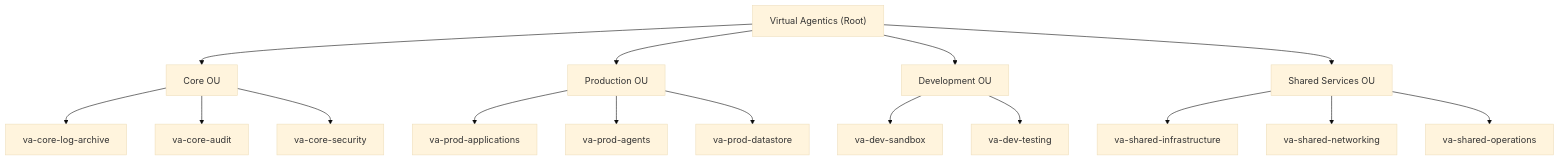
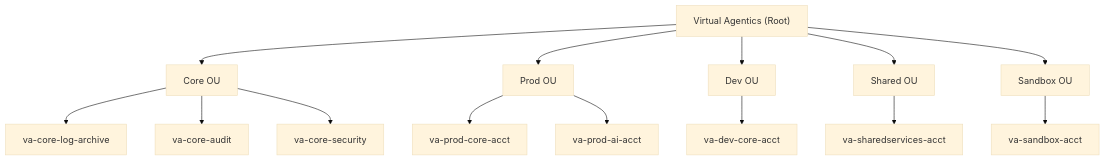
Before and after one commit to VirtualAgentics/virtualagentics-documents: the diagram in Phase1/AWS_Control_Tower_Setup_review.md, drawn with Mermaid (base theme). The commit also changed other lines of this file, not shown here.

````diff
--- a/Phase1/AWS_Control_Tower_Setup_review.md
+++ b/Phase1/AWS_Control_Tower_Setup_review.md
@@ -12,23 +34,20 @@
 ```mermaid
 graph TD;
     ROOT["Virtual Agentics (Root)"]
     CORE["Core OU"] --> LOG_ARCHIVE["va-core-log-archive"]
     CORE --> AUDIT["va-core-audit"]
     CORE --> SECURITY["va-core-security"]
 
-    PROD["Production OU"] --> PROD_APPS["va-prod-applications"]
-    PROD --> PROD_AGENTS["va-prod-agents"]
-    PROD --> PROD_DATA["va-prod-datastore"]
+    PROD["Prod OU"] --> PROD_CORE["va-prod-core-acct"]
+    PROD --> PROD_AI["va-prod-ai-acct"]
 
-    DEV["Development OU"] --> DEV_SANDBOX["va-dev-sandbox"]
-    DEV --> DEV_TEST["va-dev-testing"]
-
-    SHARED["Shared Services OU"] --> SHARED_INFRA["va-shared-infrastructure"]
-    SHARED --> SHARED_NET["va-shared-networking"]
-    SHARED --> SHARED_OPS["va-shared-operations"]
+    DEV["Dev OU"] --> DEV_CORE["va-dev-core-acct"]
+    SHARED["Shared OU"] --> SHARED_SERVICES["va-sharedservices-acct"]
+    SANDBOX["Sandbox OU"] --> SANDBOX_ACCT["va-sandbox-acct"]
 
     ROOT --> CORE
     ROOT --> PROD
     ROOT --> DEV
     ROOT --> SHARED
+    ROOT --> SANDBOX
 ```
````
